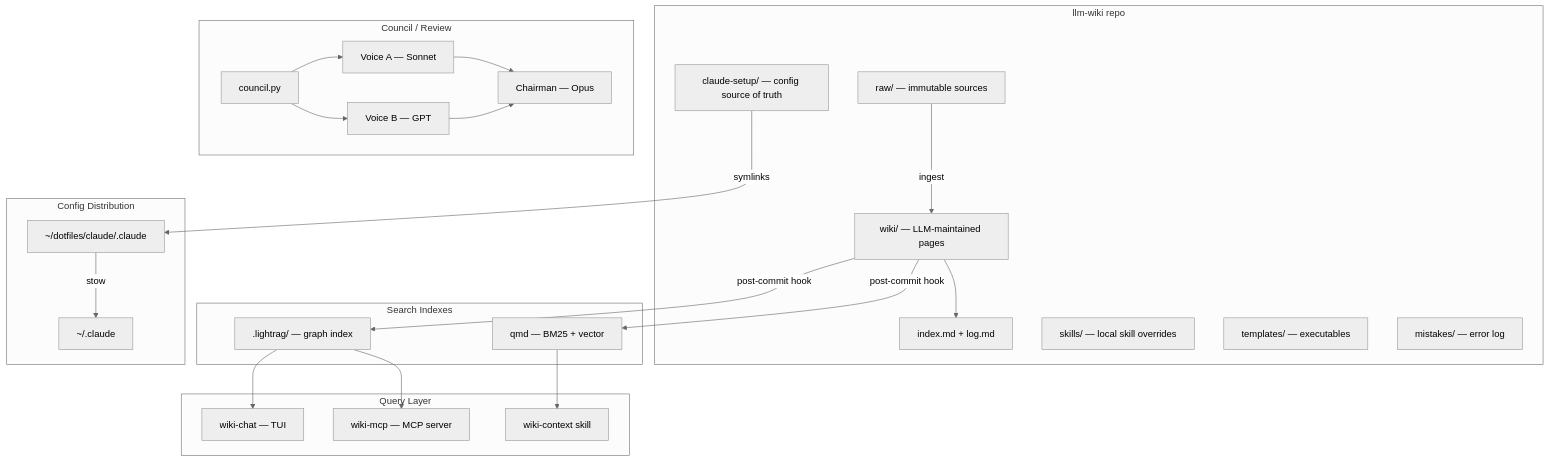
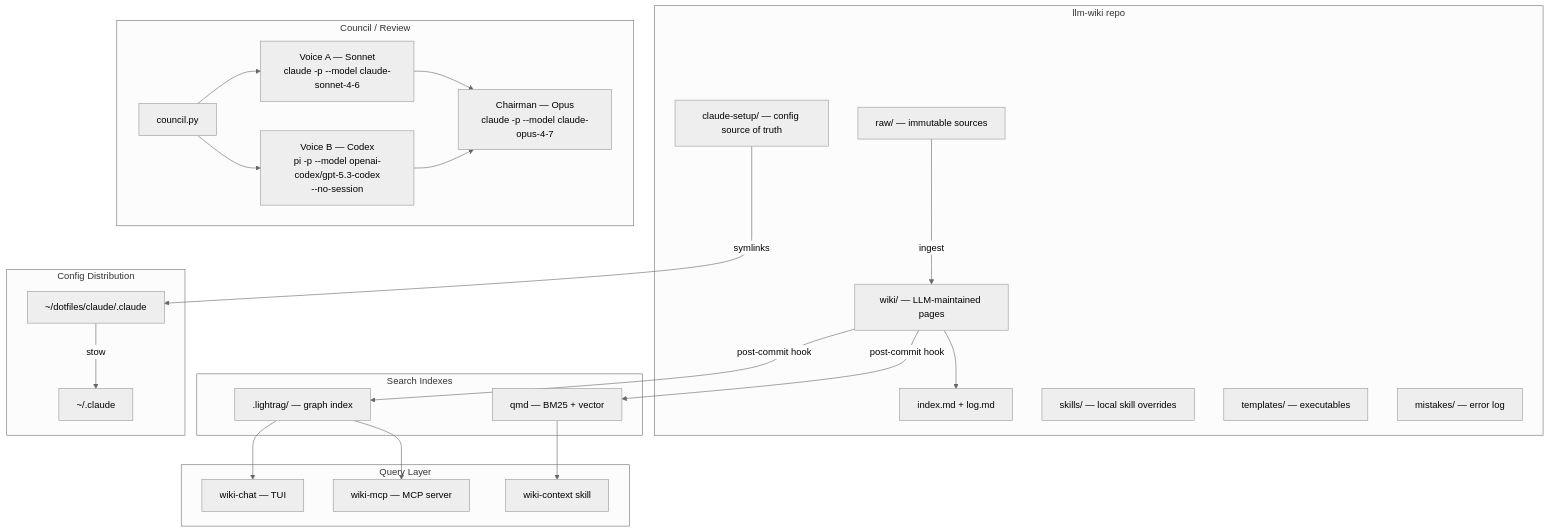
One commit to vietbui1999ru/llm-wiki changed the first of 7 diagrams in docs/architecture.md. Above: the diagram before and after it, drawn with Mermaid (neutral theme). The commit also changed other lines of this file and 3 other files, not shown here.

````diff
--- a/docs/architecture.md
+++ b/docs/architecture.md
@@ -5,50 +5,50 @@
 ```mermaid
 graph TD
     subgraph REPO["llm-wiki repo"]
         RAW[raw/ — immutable sources]
         WIKI[wiki/ — LLM-maintained pages]
         IDX[index.md + log.md]
         SKILLS[skills/ — local skill overrides]
         SETUP[claude-setup/ — config source of truth]
         TMPL[templates/ — executables]
         MISTAKES[mistakes/ — error log]
     end
 
     subgraph INDEXES["Search Indexes"]
         QMD[qmd — BM25 + vector]
         LIGHTRAG[.lightrag/ — graph index]
     end
 
     subgraph QUERY["Query Layer"]
         CHAT[wiki-chat — TUI]
         MCP[wiki-mcp — MCP server]
         SKILL_WC[wiki-context skill]
     end
 
-    subgraph REVIEW["Council / Review"]
-        COUNCIL[council.py]
-        VOICE_A[Voice A — Sonnet]
-        VOICE_B[Voice B — GPT]
-        CHAIR[Chairman — Opus]
+    subgraph COUNCIL["Council / Review"]
+        COUNCIL_PY[council.py]
+        VOICE_A[Voice A — Sonnet<br>claude -p --model claude-sonnet-4-6]
+        VOICE_B[Voice B — Codex<br>pi -p --model openai-codex/gpt-5.3-codex<br>--no-session]
+        CHAIR[Chairman — Opus<br>claude -p --model claude-opus-4-7]
     end
 
     subgraph CONFIG["Config Distribution"]
         DOTFILES[~/dotfiles/claude/.claude]
         HOME_CLAUDE[~/.claude]
     end
 
     RAW -->|ingest| WIKI
     WIKI --> IDX
     WIKI -->|post-commit hook| QMD
     WIKI -->|post-commit hook| LIGHTRAG
 
     QMD --> SKILL_WC
     LIGHTRAG --> CHAT
     LIGHTRAG --> MCP
 
     SETUP -->|symlinks| DOTFILES
     DOTFILES -->|stow| HOME_CLAUDE
 
-    COUNCIL --> VOICE_A & VOICE_B
+    COUNCIL_PY --> VOICE_A & VOICE_B
     VOICE_A & VOICE_B --> CHAIR
 ```
````
